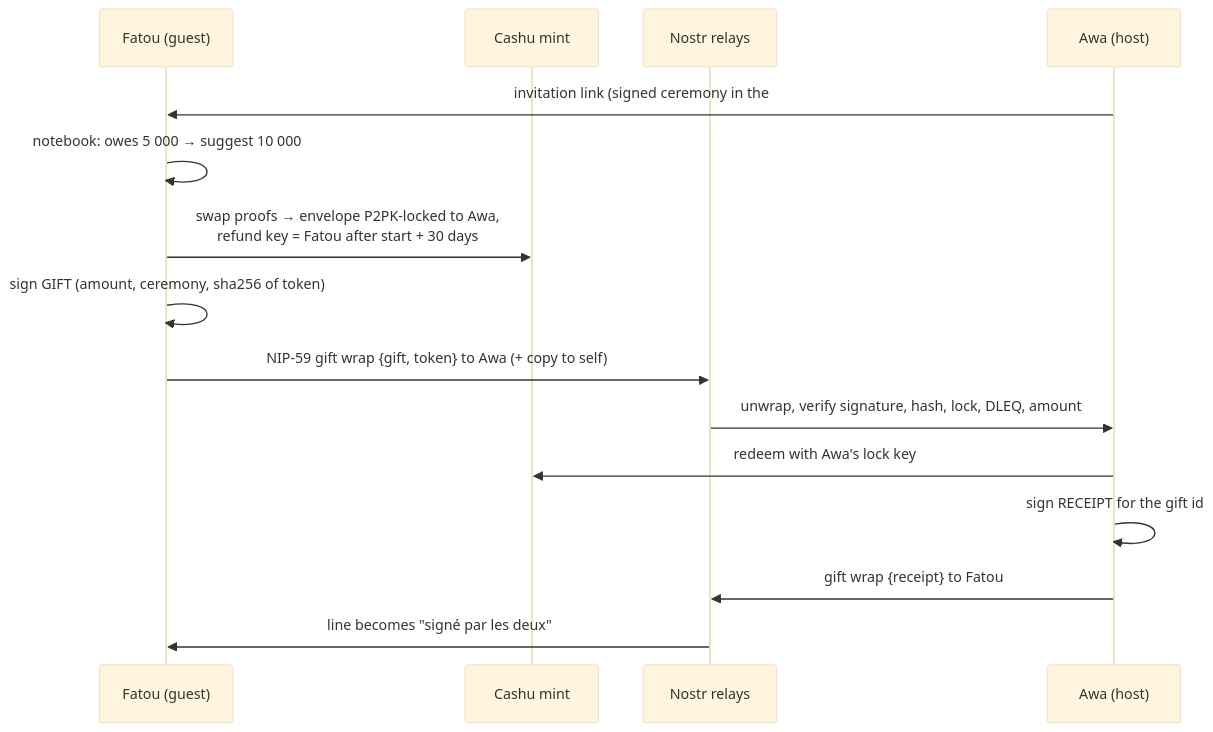
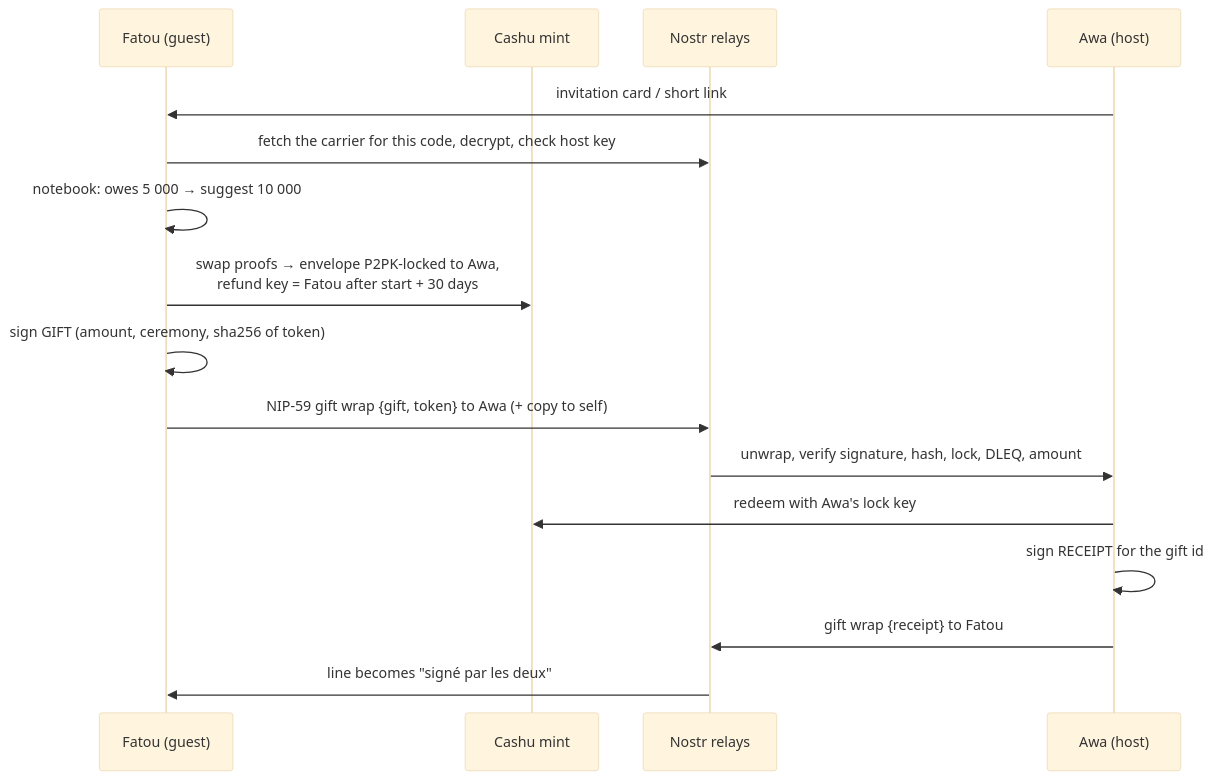
One commit to ashank-crazy/kayit changed the second of 3 diagrams in README.md. Above: the diagram before and after it, drawn with Mermaid (base theme). The commit also changed other lines of this file and 26 other files, not shown here.

````diff
--- a/README.md
+++ b/README.md
@@ -122,17 +174,18 @@
 ```mermaid
 sequenceDiagram
   participant F as Fatou (guest)
   participant M as Cashu mint
   participant R as Nostr relays
   participant A as Awa (host)
-  A->>F: invitation link (signed ceremony in the #fragment)
+  A->>F: invitation card / short link
+  F->>R: fetch the carrier for this code, decrypt, check host key
   F->>F: notebook: owes 5 000 → suggest 10 000
   F->>M: swap proofs → envelope P2PK‑locked to Awa,<br/>refund key = Fatou after start + 30 days
   F->>F: sign GIFT (amount, ceremony, sha256 of token)
   F->>R: NIP‑59 gift wrap {gift, token} to Awa (+ copy to self)
   R->>A: unwrap, verify signature, hash, lock, DLEQ, amount
   A->>M: redeem with Awa's lock key
   A->>A: sign RECEIPT for the gift id
   A->>R: gift wrap {receipt} to Fatou
   R->>F: line becomes "signé par les deux"
 ```
````
